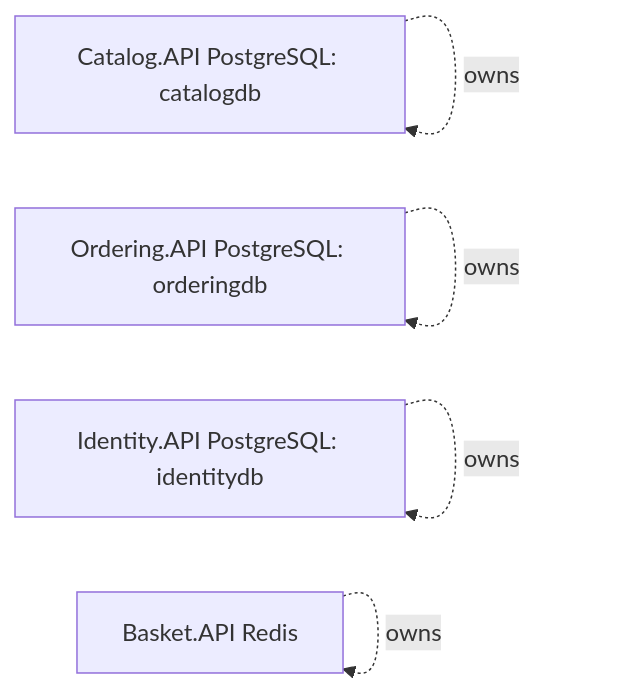
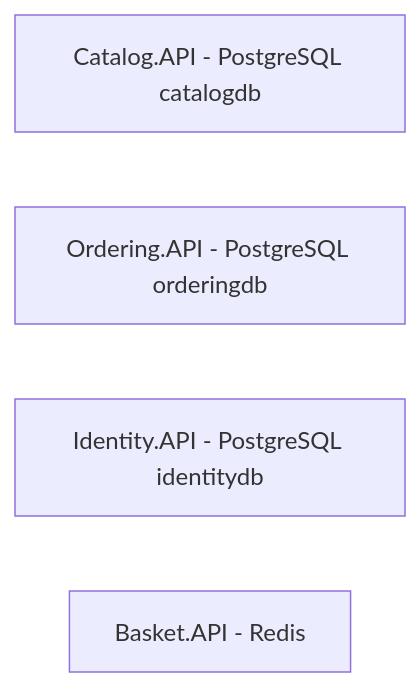
One commit to claudiabuonocore/eshop-ai-avengers changed the diagram in Onboarding/DBA.md. Above: the diagram before and after it, drawn with Mermaid. The commit also changed 1 other file, not shown here.

Commit message:
fix mermaid rendering

````diff
--- a/Onboarding/DBA.md
+++ b/Onboarding/DBA.md
@@ -29,12 +29,7 @@
 ```mermaid
 flowchart LR
-    C[Catalog.API PostgreSQL: catalogdb]
-    O[Ordering.API PostgreSQL: orderingdb]
-    I[Identity.API PostgreSQL: identitydb]
-    B[Basket.API Redis]
-
-    C -. owns .-> C
-    O -. owns .-> O
-    I -. owns .-> I
-    B -. owns .-> B
+    C[Catalog.API - PostgreSQL catalogdb]
+    O[Ordering.API - PostgreSQL orderingdb]
+    I[Identity.API - PostgreSQL identitydb]
+    B[Basket.API - Redis]
 ```
````
